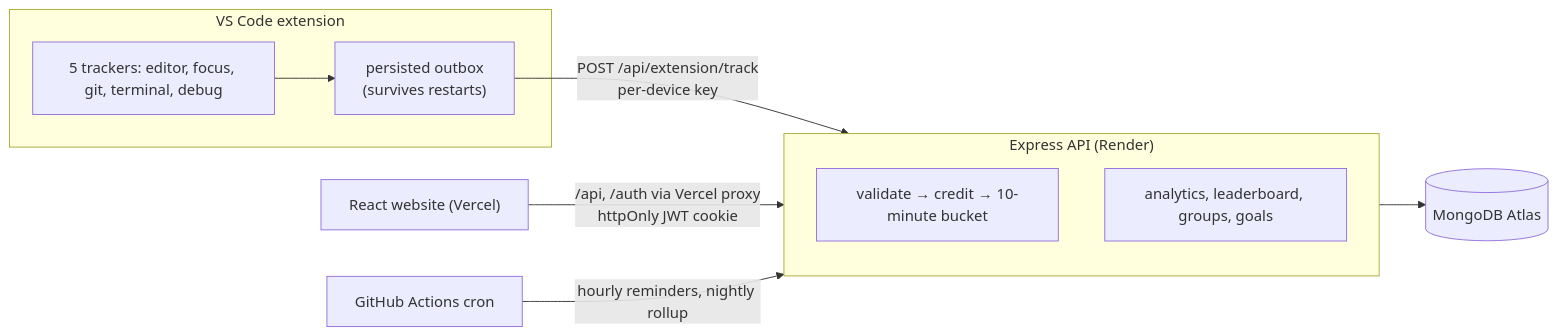
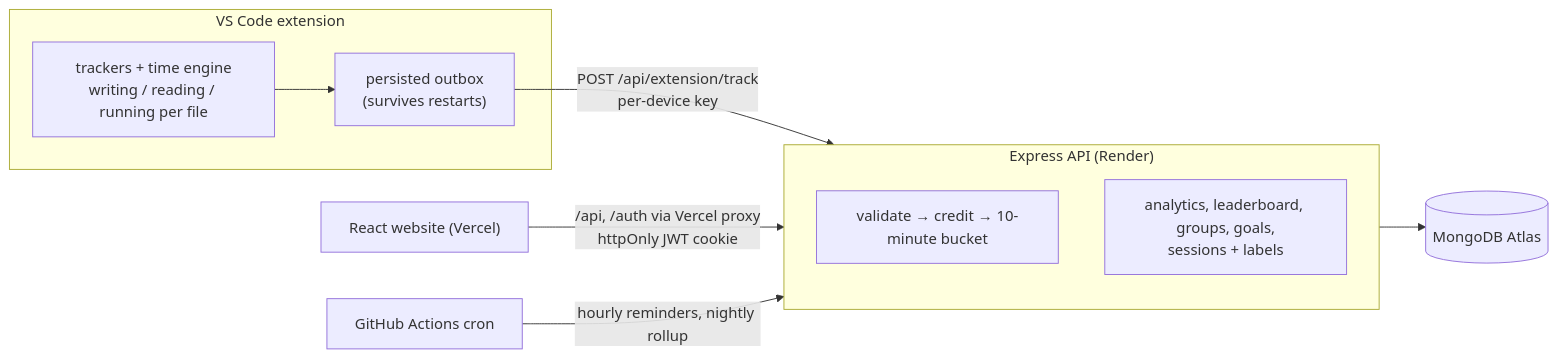
Before and after one commit to PratikJambhule/CodeTrackr: the diagram in README.md, drawn with Mermaid. The commit also changed other lines of this file and 89 other files, not shown here.

````diff
--- a/README.md
+++ b/README.md
@@ -38,14 +41,14 @@
 ```mermaid
 flowchart LR
   subgraph VSCode["VS Code extension"]
-    T["5 trackers: editor, focus, git, terminal, debug"] --> Q["persisted outbox<br/>(survives restarts)"]
+    T["trackers + time engine<br/>writing / reading / running per file"] --> Q["persisted outbox<br/>(survives restarts)"]
   end
   Q -- "POST /api/extension/track<br/>per-device key" --> API
   B["React website (Vercel)"] -- "/api, /auth via Vercel proxy<br/>httpOnly JWT cookie" --> API
   GH["GitHub Actions cron"] -- "hourly reminders, nightly rollup" --> API
   subgraph API["Express API (Render)"]
     I["validate → credit → 10-minute bucket"]
-    R["analytics, leaderboard, groups, goals"]
+    R["analytics, leaderboard, groups, goals,<br/>sessions + labels"]
   end
   API --> DB[("MongoDB Atlas")]
 ```
````
